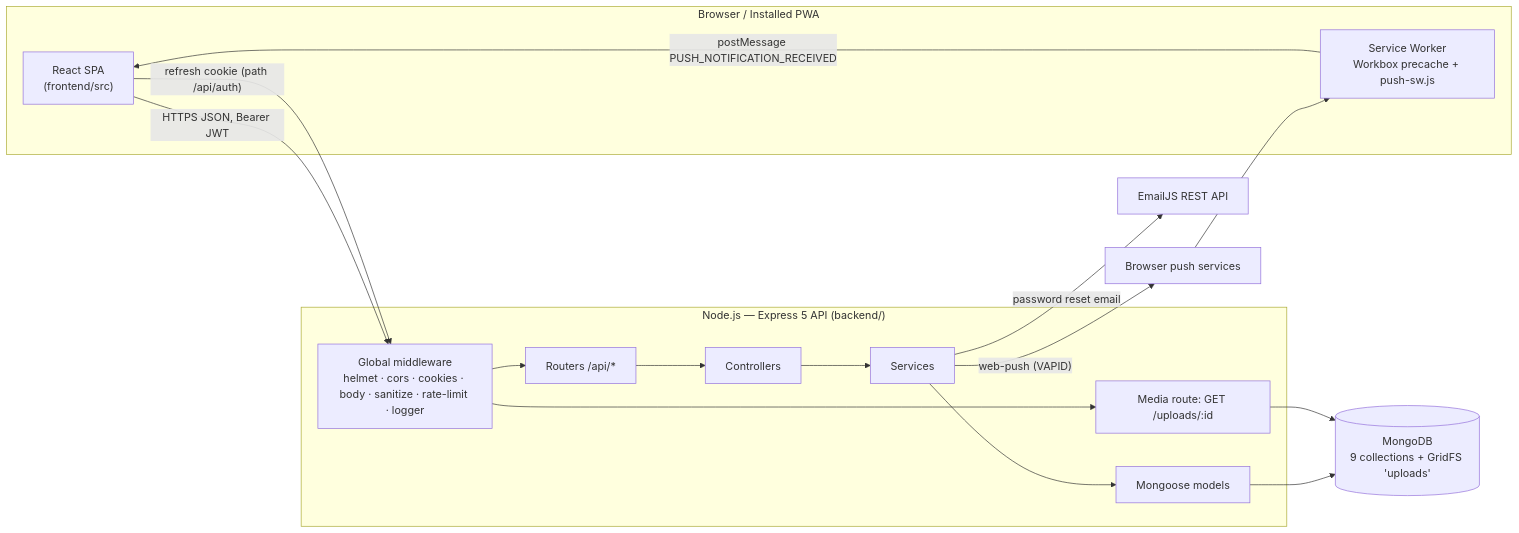
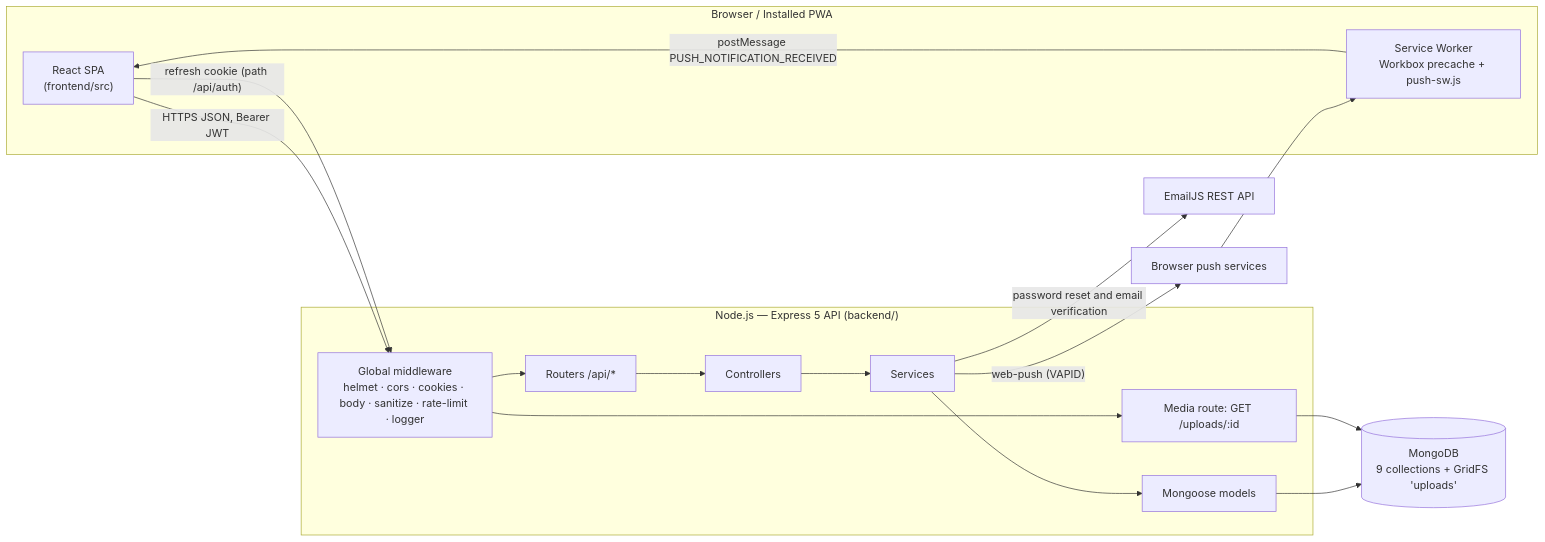
One commit to yaronserlin/FixFleet changed the diagram in docs/system-spec/01-architecture-and-layers.md. Above: the diagram before and after it, drawn with Mermaid. The commit also changed other lines of this file and 18 other files, not shown here.

````diff
--- a/docs/system-spec/01-architecture-and-layers.md
+++ b/docs/system-spec/01-architecture-and-layers.md
@@ -19,26 +19,26 @@
 ```mermaid
 flowchart LR
     subgraph Client["Browser / Installed PWA"]
         SPA["React SPA<br/>(frontend/src)"]
         SW["Service Worker<br/>Workbox precache + push-sw.js"]
     end
     subgraph Server["Node.js — Express 5 API (backend/)"]
         MW["Global middleware<br/>helmet · cors · cookies · body · sanitize · rate-limit · logger"]
         R["Routers /api/*"]
         C["Controllers"]
         S["Services"]
         M["Mongoose models"]
         U["Media route: GET /uploads/:id"]
     end
     DB[("MongoDB<br/>9 collections + GridFS 'uploads'")]
     MAIL["EmailJS REST API"]
     PUSH["Browser push services"]
 
     SPA -- "HTTPS JSON, Bearer JWT" --> MW
     SPA -- "refresh cookie (path /api/auth)" --> MW
     MW --> R --> C --> S --> M --> DB
     MW --> U --> DB
-    S -- "password reset email" --> MAIL
+    S -- "password reset and email verification" --> MAIL
     S -- "web-push (VAPID)" --> PUSH --> SW
     SW -- "postMessage PUSH_NOTIFICATION_RECEIVED" --> SPA
 ```
````
